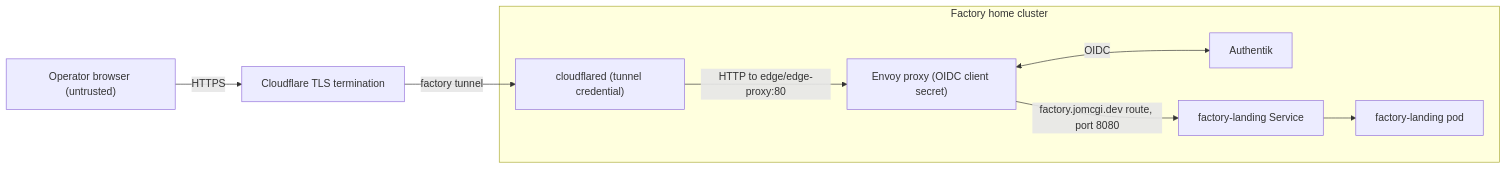
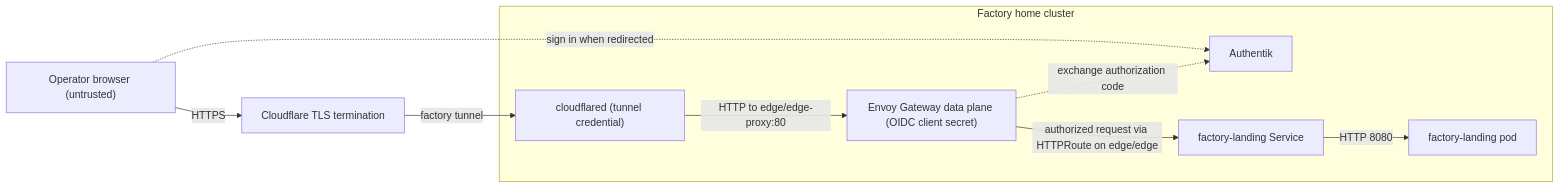
One commit to jomcgi-org/homelab changed the first of 2 diagrams in projects/factory-cluster/ARCHITECTURE.md. Above: the diagram before and after it, drawn with Mermaid. The commit also changed other lines of this file and 2 other files, not shown here.

Commit message:
Distinguish sign-in from request forwarding in the cluster diagram
Review response: HOME-267:goal:criterion-1. projects/factory-cluster/ARCHITECTURE.md:3 now names the requested URL and TLS boundary. The opening figure distinguishes the application request from the browser sign-in and authorization-code exchange.

Review response: HOME-267:goal:criterion-4. projects/platform/ARCHITECTURE.md:13 and docs/agents/reference.md:324 both link directly to the cluster architecture. The agent reference also links the exact platform section containing the other inbound link.

Refs HOME-267

````diff
--- a/projects/factory-cluster/ARCHITECTURE.md
+++ b/projects/factory-cluster/ARCHITECTURE.md
@@ -5,16 +5,17 @@
 ```mermaid
 flowchart LR
   Browser["Operator browser (untrusted)"] -->|HTTPS| CF["Cloudflare TLS termination"]
   subgraph Cluster["Factory home cluster"]
     Tunnel["cloudflared (tunnel credential)"]
-    Proxy["Envoy proxy (OIDC client secret)"]
+    Proxy["Envoy Gateway data plane (OIDC client secret)"]
     Auth["Authentik"]
     Service["factory-landing Service"]
     Pod["factory-landing pod"]
   end
   CF -->|factory tunnel| Tunnel
   Tunnel -->|"HTTP to edge/edge-proxy:80"| Proxy
-  Proxy <-->|OIDC| Auth
-  Proxy -->|"factory.jomcgi.dev route, port 8080"| Service
-  Service --> Pod
+  Browser -.->|sign in when redirected| Auth
+  Proxy -.->|exchange authorization code| Auth
+  Proxy -->|"authorized request via HTTPRoute on edge/edge"| Service
+  Service -->|HTTP 8080| Pod
 ```
````
